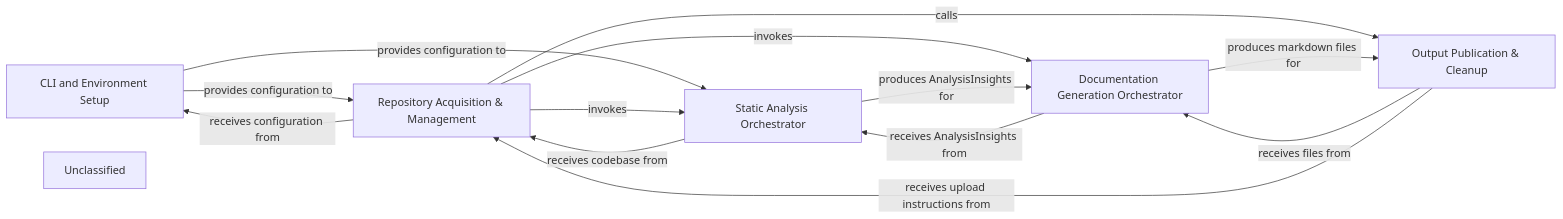
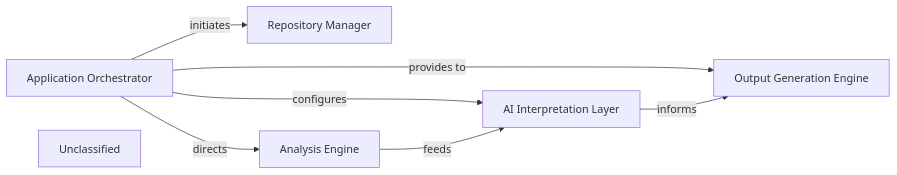
The diagram in .codeboarding/Application_Orchestrator.md (CodeBoarding/CodeBoarding), drawn with Mermaid before and after one commit. The commit also changed other lines of this file and 17 other files, not shown here.

First line of the commit message:
docs: update codeboarding documentation and generate architecture

````diff
--- a/.codeboarding/Application_Orchestrator.md
+++ b/.codeboarding/Application_Orchestrator.md
@@ -1,21 +1,20 @@
 ```mermaid
 graph LR
-    CLI_and_Environment_Setup["CLI and Environment Setup"]
-    Repository_Acquisition_Management["Repository Acquisition & Management"]
-    Static_Analysis_Orchestrator["Static Analysis Orchestrator"]
-    Documentation_Generation_Orchestrator["Documentation Generation Orchestrator"]
-    Output_Publication_Cleanup["Output Publication & Cleanup"]
+    Application_Orchestrator["Application Orchestrator"]
+    Repository_Manager["Repository Manager"]
+    Analysis_Engine["Analysis Engine"]
+    AI_Interpretation_Layer["AI Interpretation Layer"]
+    Output_Generation_Engine["Output Generation Engine"]
     Unclassified["Unclassified"]
-    CLI_and_Environment_Setup -- "provides configuration to" --> Repository_Acquisition_Management
-    CLI_and_Environment_Setup -- "provides configuration to" --> Static_Analysis_Orchestrator
-    Repository_Acquisition_Management -- "receives configuration from" --> CLI_and_Environment_Setup
-    Repository_Acquisition_Management -- "invokes" --> Static_Analysis_Orchestrator
-    Repository_Acquisition_Management -- "invokes" --> Documentation_Generation_Orchestrator
-    Repository_Acquisition_Management -- "calls" --> Output_Publication_Cleanup
-    Static_Analysis_Orchestrator -- "receives codebase from" --> Repository_Acquisition_Management
-    Static_Analysis_Orchestrator -- "produces AnalysisInsights for" --> Documentation_Generation_Orchestrator
-    Documentation_Generation_Orchestrator -- "receives AnalysisInsights from" --> Static_Analysis_Orchestrator
-    Documentation_Generation_Orchestrator -- "produces markdown files for" --> Output_Publication_Cleanup
-    Output_Publication_Cleanup -- "receives files from" --> Documentation_Generation_Orchestrator
-    Output_Publication_Cleanup -- "receives upload instructions from" --> Repository_Acquisition_Management
+    Application_Orchestrator -- "initiates" --> Repository_Manager
+    Application_Orchestrator -- "directs" --> Analysis_Engine
+    Application_Orchestrator -- "configures" --> AI_Interpretation_Layer
+    Application_Orchestrator -- "provides to" --> Output_Generation_Engine
+    Analysis_Engine -- "feeds" --> AI_Interpretation_Layer
+    AI_Interpretation_Layer -- "informs" --> Output_Generation_Engine
+    click Application_Orchestrator href "https://github.com/CodeBoarding/CodeBoarding/blob/main/.codeboarding/Application_Orchestrator.md" "Details"
+    click Repository_Manager href "https://github.com/CodeBoarding/CodeBoarding/blob/main/.codeboarding/Repository_Manager.md" "Details"
+    click Analysis_Engine href "https://github.com/CodeBoarding/CodeBoarding/blob/main/.codeboarding/Analysis_Engine.md" "Details"
+    click AI_Interpretation_Layer href "https://github.com/CodeBoarding/CodeBoarding/blob/main/.codeboarding/AI_Interpretation_Layer.md" "Details"
+    click Output_Generation_Engine href "https://github.com/CodeBoarding/CodeBoarding/blob/main/.codeboarding/Output_Generation_Engine.md" "Details"
 ```
````
